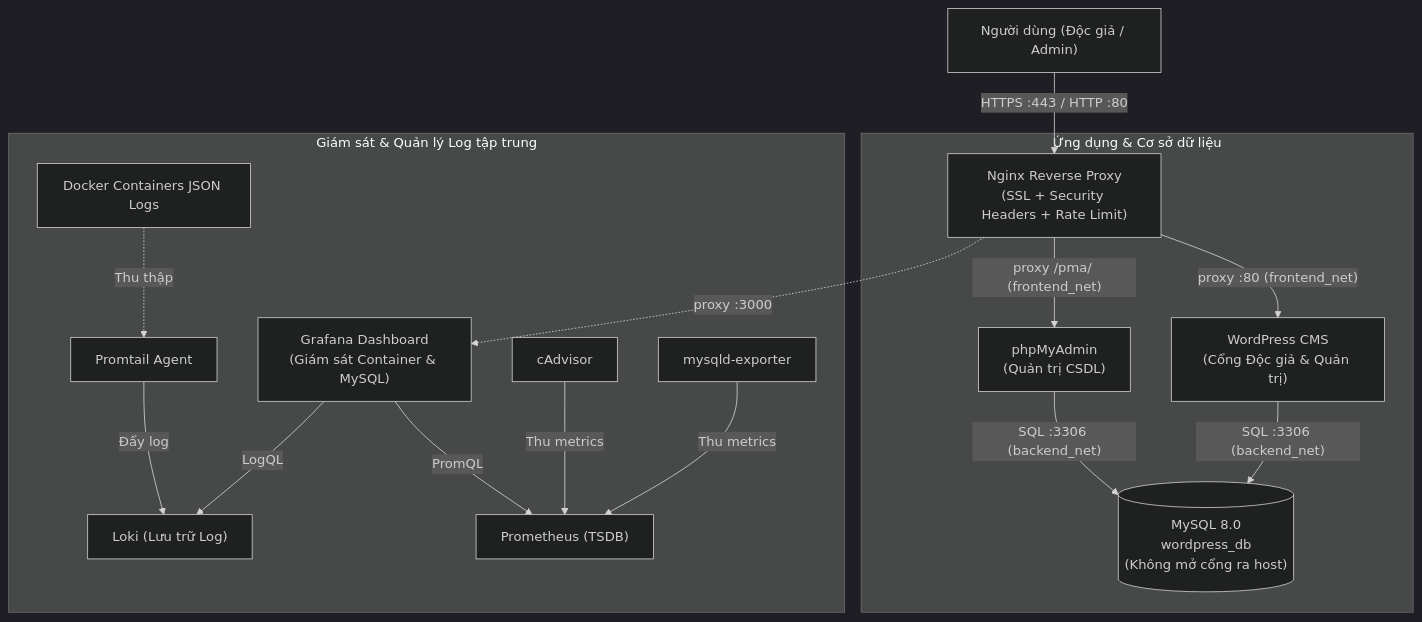
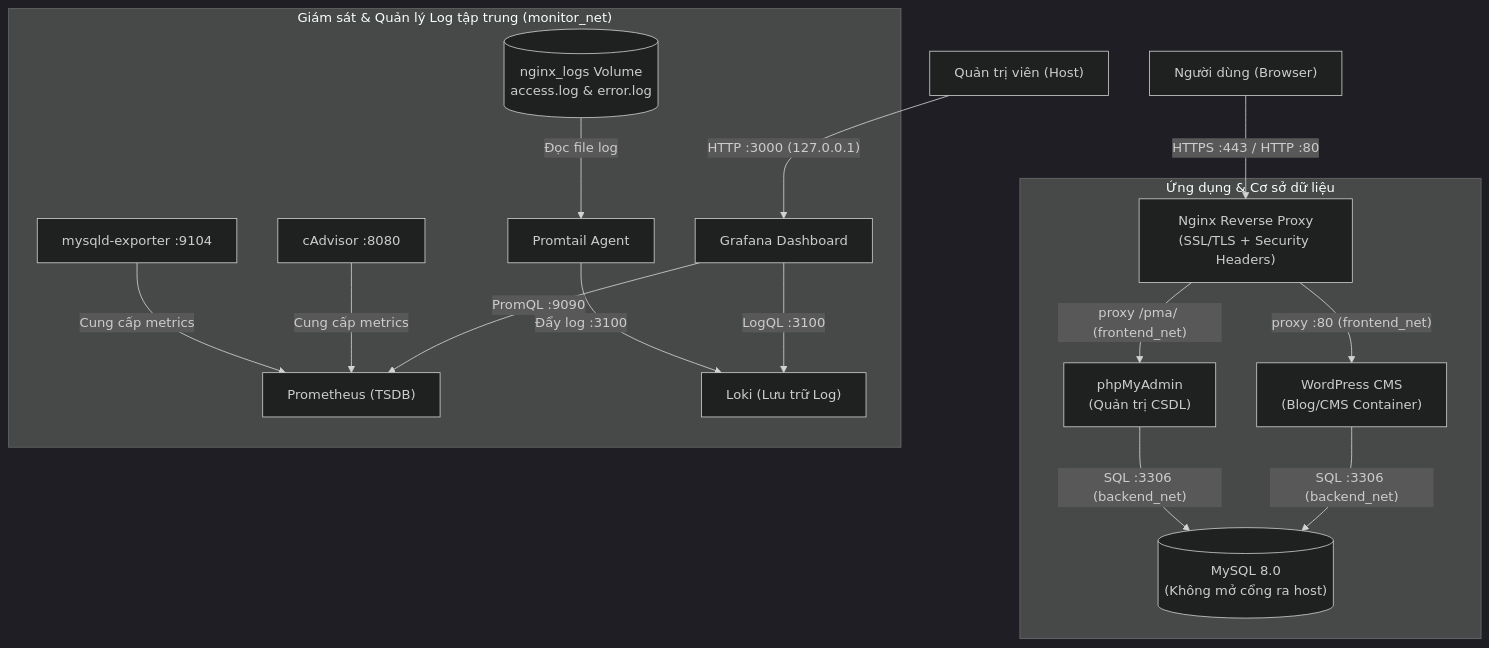
Before and after one commit to DTC245200570/Blog-CMS: the diagram in README.md, drawn with Mermaid (dark theme). The commit also changed other lines of this file and 5 other files, not shown here.

Commit message:
Hardening Nginx reverse proxy, bo sung SSL SAN, phpMyAdmin subpath va cach ly cong quan tri

````diff
--- a/README.md
+++ b/README.md
@@ -13,21 +13,21 @@
 ```mermaid
 graph TD
-    User["Người dùng (Độc giả / Admin)"] -->|HTTPS :443 / HTTP :80| Nginx["Nginx Reverse Proxy<br/>(SSL + Security Headers + Rate Limit)"]
+    User["Người dùng (Browser)"] -->|HTTPS :443 / HTTP :80| Nginx["Nginx Reverse Proxy<br/>(SSL/TLS + Security Headers)"]
+    Admin["Quản trị viên (Host)"] -->|"HTTP :3000 (127.0.0.1)"| Grafana["Grafana Dashboard"]
 
     subgraph "Ứng dụng & Cơ sở dữ liệu"
-        Nginx -->|"proxy :80 (frontend_net)"| WP["WordPress CMS<br/>(Cổng Độc giả & Quản trị)"]
+        Nginx -->|"proxy :80 (frontend_net)"| WP["WordPress CMS<br/>(Blog/CMS Container)"]
         Nginx -->|"proxy /pma/ (frontend_net)"| PMA["phpMyAdmin<br/>(Quản trị CSDL)"]
-        WP -->|"SQL :3306 (backend_net)"| DB[("MySQL 8.0<br/>wordpress_db<br/>(Không mở cổng ra host)")]
+        WP -->|"SQL :3306 (backend_net)"| DB[("MySQL 8.0<br/>(Không mở cổng ra host)")]
         PMA -->|"SQL :3306 (backend_net)"| DB
     end
 
-    subgraph "Giám sát & Quản lý Log tập trung"
-        Nginx -.->|"proxy :3000"| Grafana["Grafana Dashboard<br/>(Giám sát Container & MySQL)"]
-        Grafana -->|"PromQL"| Prom["Prometheus (TSDB)"]
-        Grafana -->|"LogQL"| Loki["Loki (Lưu trữ Log)"]
-        Promtail["Promtail Agent"] -->|"Đẩy log"| Loki
-        cAdvisor["cAdvisor"] -->|"Thu metrics"| Prom
-        MySQLExp["mysqld-exporter"] -->|"Thu metrics"| Prom
-        DockerDaemon["Docker Containers JSON Logs"] -.->|"Thu thập"| Promtail
+    subgraph "Giám sát & Quản lý Log tập trung (monitor_net)"
+        Grafana -->|"PromQL :9090"| Prom["Prometheus (TSDB)"]
+        Grafana -->|"LogQL :3100"| Loki["Loki (Lưu trữ Log)"]
+        Promtail["Promtail Agent"] -->|"Đẩy log :3100"| Loki
+        cAdvisor["cAdvisor :8080"] -->|"Cung cấp metrics"| Prom
+        MySQLExp["mysqld-exporter :9104"] -->|"Cung cấp metrics"| Prom
+        NginxVolume[("nginx_logs Volume<br/>access.log & error.log")] -->|"Đọc file log"| Promtail
     end
 ```
````
